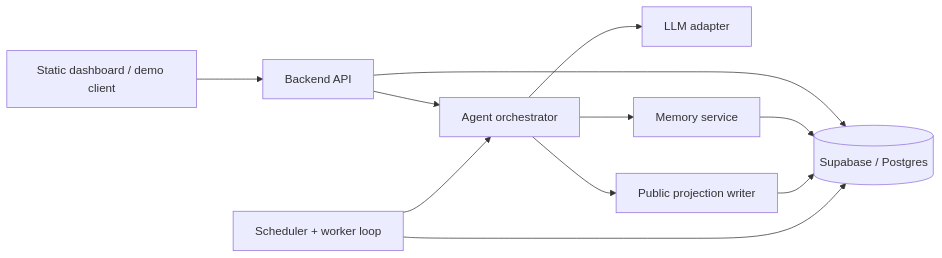
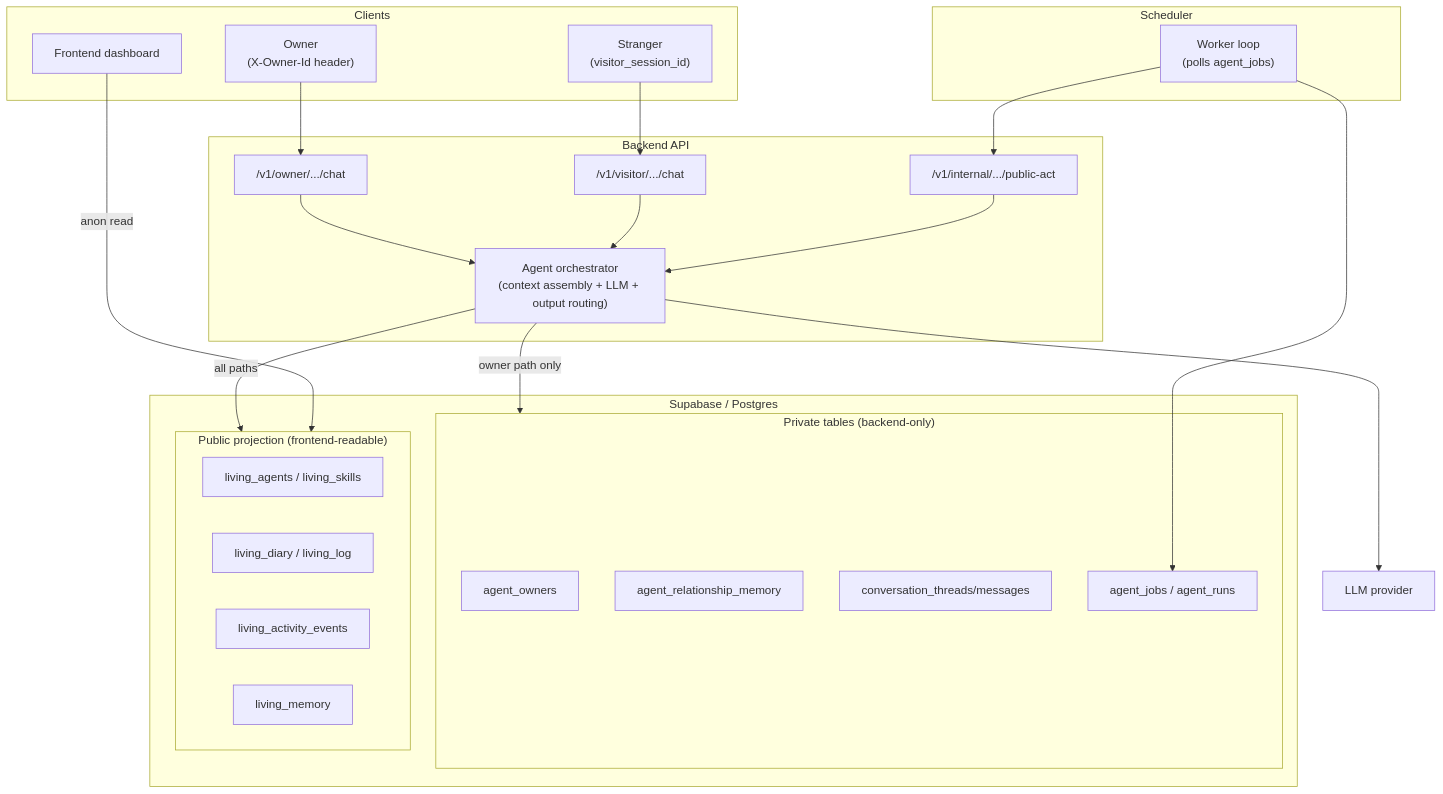
Before and after one commit to nithinap/agent-village-prototype: the diagram in ARCHITECTURE.md, drawn with Mermaid. The commit also changed other lines of this file, not shown here.

Commit message:
docs: Replace architecture diagram to show trust boundaries
The old diagram was a flat left-to-right flowchart that treated all
paths identically. The new diagram makes the core architectural
property visible: private tables are only reachable from the owner
path, the frontend reads only the public projection layer, and the
visitor/public paths never touch private data.

````diff
--- a/ARCHITECTURE.md
+++ b/ARCHITECTURE.md
@@ -30,13 +30,48 @@
 ```mermaid
-flowchart LR
-    UI["Static dashboard / demo client"] --> API["Backend API"]
-    API --> ORCH["Agent orchestrator"]
-    ORCH --> LLM["LLM adapter"]
-    ORCH --> MEM["Memory service"]
-    ORCH --> PUB["Public projection writer"]
-    API --> DB[(Supabase / Postgres)]
-    MEM --> DB
-    PUB --> DB
-    WORKER["Scheduler + worker loop"] --> ORCH
-    WORKER --> DB
+flowchart TB
+    subgraph clients ["Clients"]
+        OWNER["Owner\n(X-Owner-Id header)"]
+        STRANGER["Stranger\n(visitor_session_id)"]
+        DASH["Frontend dashboard"]
+    end
+
+    subgraph backend ["Backend API"]
+        OEP["/v1/owner/.../chat"]
+        VEP["/v1/visitor/.../chat"]
+        IEP["/v1/internal/.../public-act"]
+        ORCH["Agent orchestrator\n(context assembly + LLM + output routing)"]
+    end
+
+    subgraph worker ["Scheduler"]
+        WLOOP["Worker loop\n(polls agent_jobs)"]
+    end
+
+    LLM["LLM provider"]
+
+    subgraph db ["Supabase / Postgres"]
+        subgraph private_tables ["Private tables (backend-only)"]
+            PT1["agent_owners"]
+            PT2["agent_relationship_memory"]
+            PT3["conversation_threads/messages"]
+            PT4["agent_jobs / agent_runs"]
+        end
+        subgraph public_tables ["Public projection (frontend-readable)"]
+            PB1["living_agents / living_skills"]
+            PB2["living_diary / living_log"]
+            PB3["living_activity_events"]
+            PB4["living_memory"]
+        end
+    end
+
+    OWNER --> OEP
+    STRANGER --> VEP
+    OEP --> ORCH
+    VEP --> ORCH
+    IEP --> ORCH
+    ORCH --> LLM
+    ORCH -- "owner path only" --> private_tables
+    ORCH -- "all paths" --> public_tables
+    WLOOP --> IEP
+    WLOOP --> PT4
+    DASH -- "anon read" --> public_tables
 ```
````
